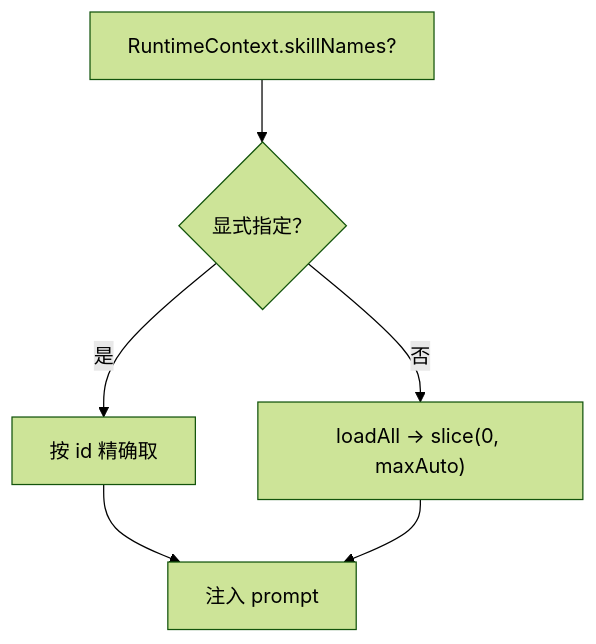
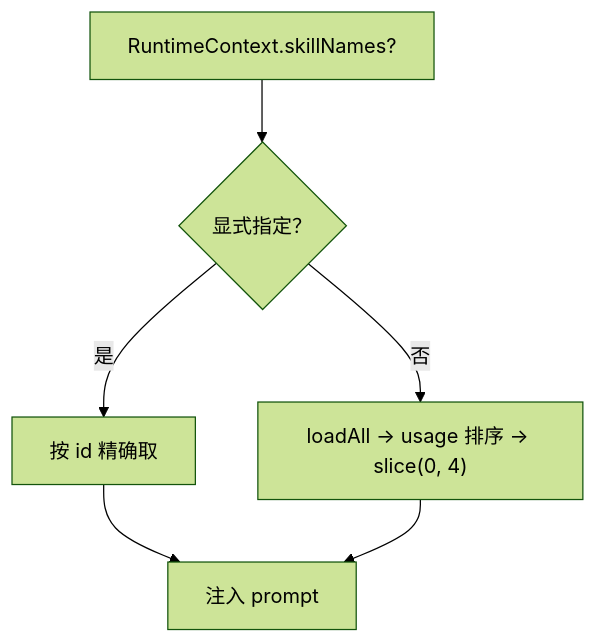
The second of 2 diagrams in docs/skill.system.md (flyflor/flyflor), drawn with Mermaid (forest theme) before and after one commit. The commit also changed other lines of this file and 129 other files, not shown here.

````diff
--- a/docs/skill.system.md
+++ b/docs/skill.system.md
@@ -44,8 +44,8 @@
 ```mermaid
 flowchart TB
     Req["RuntimeContext.skillNames?"] --> Explicit{显式指定？}
     Explicit -- 是 --> Pick["按 id 精确取"]
-    Explicit -- 否 --> All["loadAll → slice(0, maxAuto)"]
+    Explicit -- 否 --> All["loadAll → usage 排序 → slice(0, 4)"]
     Pick --> Out["注入 prompt"]
     All --> Out
 ```
````
